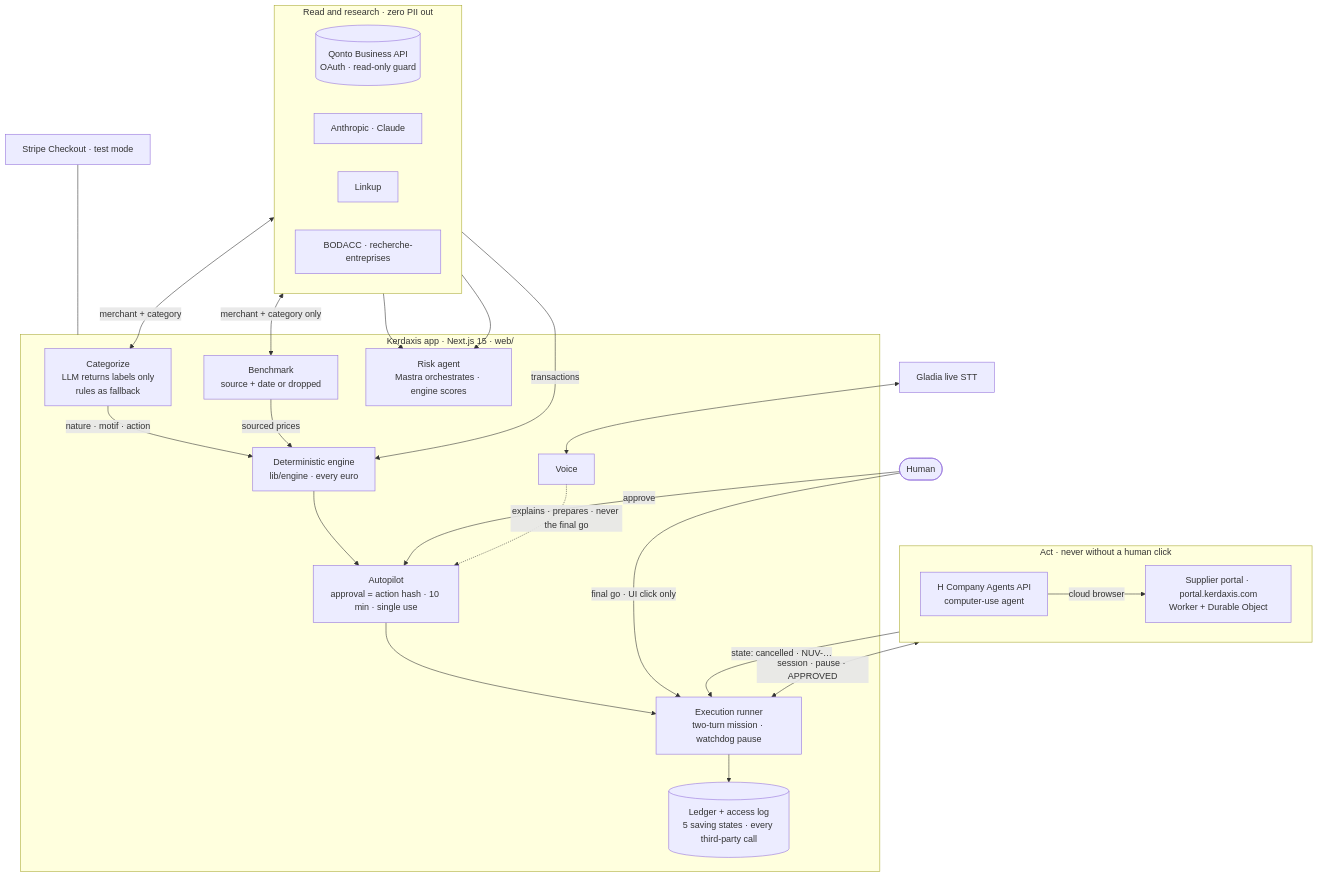
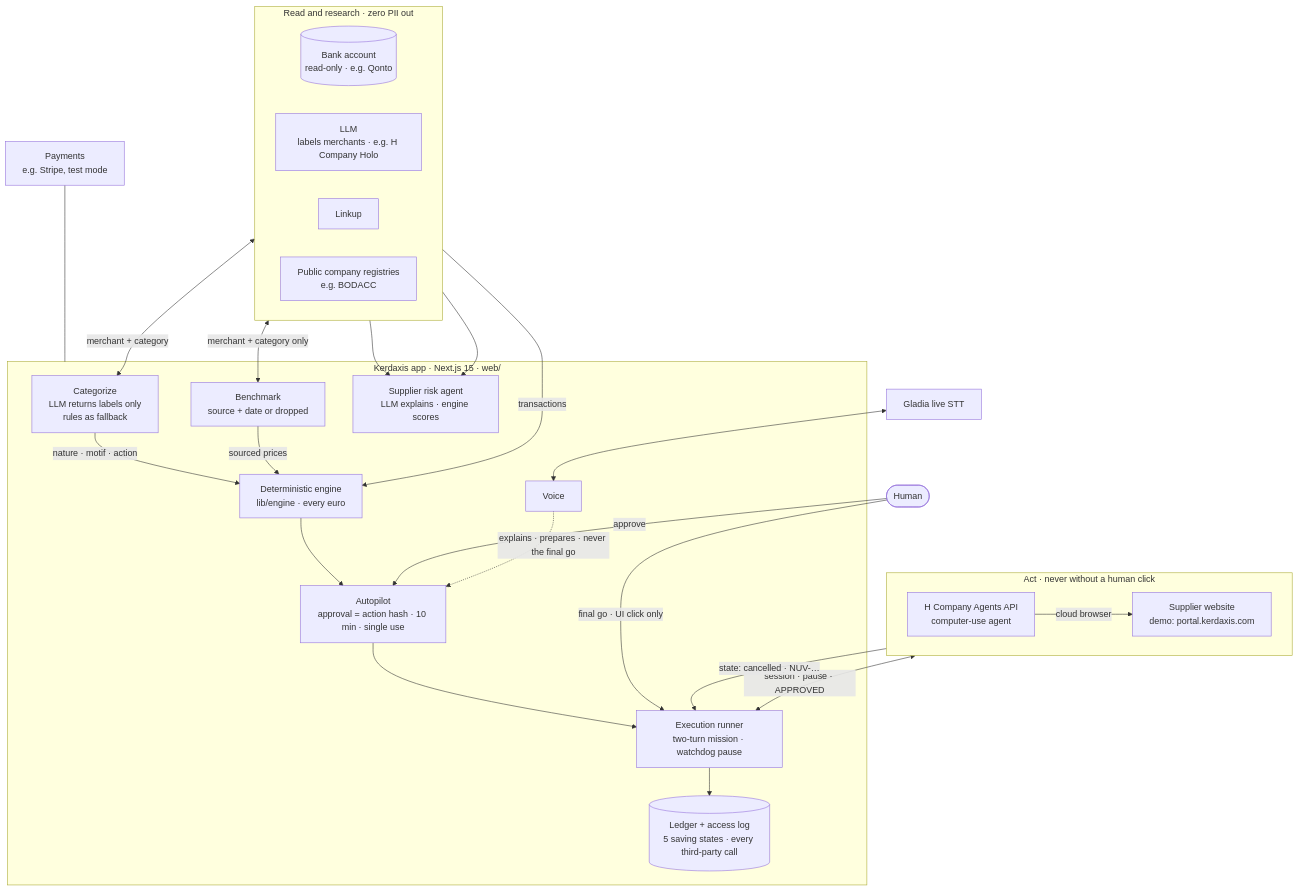
The first of 2 diagrams in README.md (kevinMPO/kerdaxis), drawn with Mermaid before and after one commit. The commit also changed other lines of this file and 6 other files, not shown here.

First line of the commit message:
docs: name only partner tools in the architecture diagrams

````diff
--- a/README.md
+++ b/README.md
@@ -132,50 +132,50 @@
 ```mermaid
 flowchart TB
     subgraph IN["Read and research · zero PII out"]
       direction LR
-      Q[("Qonto Business API<br/>OAuth · read-only guard")]
-      AN["Anthropic · Claude"]
+      Q[("Bank account<br/>read-only · e.g. Qonto")]
+      AN["LLM<br/>labels merchants · e.g. H Company Holo"]
       LK["Linkup"]
-      GOV["BODACC · recherche-entreprises"]
+      GOV["Public company registries<br/>e.g. BODACC"]
     end
 
     subgraph APP["Kerdaxis app · Next.js 15 · web/"]
       LBL["Categorize<br/>LLM returns labels only<br/>rules as fallback"]
       BM["Benchmark<br/>source + date or dropped"]
-      RISK["Risk agent<br/>Mastra orchestrates · engine scores"]
+      RISK["Supplier risk agent<br/>LLM explains · engine scores"]
       ENG["Deterministic engine<br/>lib/engine · every euro"]
       AP["Autopilot<br/>approval = action hash · 10 min · single use"]
       EX["Execution runner<br/>two-turn mission · watchdog pause"]
       LED[("Ledger + access log<br/>5 saving states · every third-party call")]
       VO["Voice"]
     end
 
     subgraph OUT["Act · never without a human click"]
       direction LR
       H["H Company Agents API<br/>computer-use agent"]
-      P["Supplier portal · portal.kerdaxis.com<br/>Worker + Durable Object"]
+      P["Supplier website<br/>demo: portal.kerdaxis.com"]
     end
 
     U([Human])
     GL["Gladia live STT"]
-    ST["Stripe Checkout · test mode"]
+    ST["Payments<br/>e.g. Stripe, test mode"]
 
     Q -->|transactions| ENG
     AN <-->|merchant + category| LBL
     LBL -->|nature · motif · action| ENG
     LK <-->|merchant + category only| BM
     BM -->|sourced prices| ENG
     LK --> RISK
     GOV --> RISK
     ENG --> AP
     U -->|approve| AP
     AP --> EX
     U -->|final go · UI click only| EX
     EX --> LED
     EX <-->|session · pause · APPROVED| H
     H -->|cloud browser| P
     P -->|state: cancelled · NUV-…| EX
     GL <--> VO
     VO -.->|explains · prepares · never the final go| AP
     ST --- APP
 ```
````
